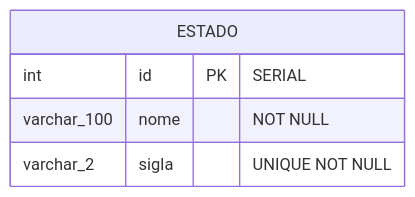
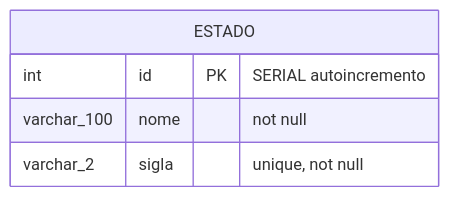
One commit to murilolol/unifef changed diagram 15 of 17 in 3º Semestre/[Prof. Jefferson Passerini] Laboratório de Programação III/Resumos-IA/Caderno-Consolidado.md. Above: the diagram before and after it, drawn with Mermaid. The commit also changed other lines of this file and 10 other files, not shown here.

````diff
--- a/3º Semestre/[Prof. Jefferson Passerini] Laboratório de Programação III/Resumos-IA/Caderno-Consolidado.md
+++ b/3º Semestre/[Prof. Jefferson Passerini] Laboratório de Programação III/Resumos-IA/Caderno-Consolidado.md
@@ -1434,8 +1705,8 @@
 ```mermaid
 erDiagram
     ESTADO {
-        int id PK "SERIAL"
-        varchar_100 nome "NOT NULL"
-        varchar_2 sigla "UNIQUE NOT NULL"
+        int id PK "SERIAL autoincremento"
+        varchar_100 nome "not null"
+        varchar_2 sigla "unique, not null"
     }
 ```
````
